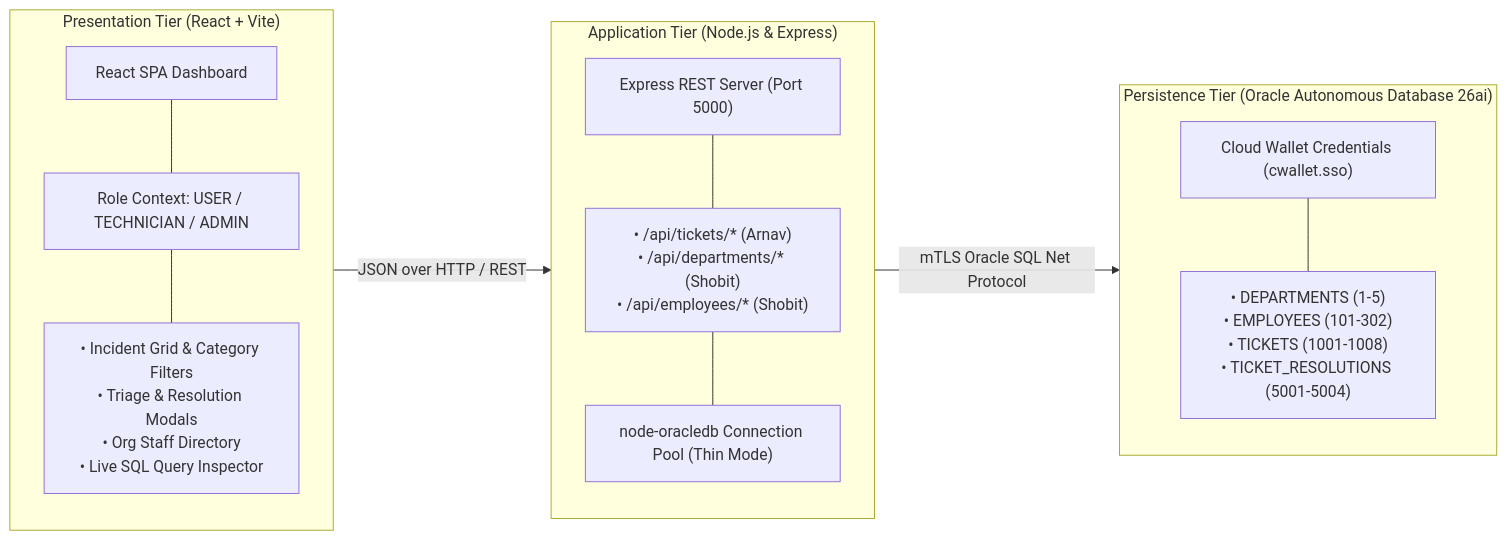
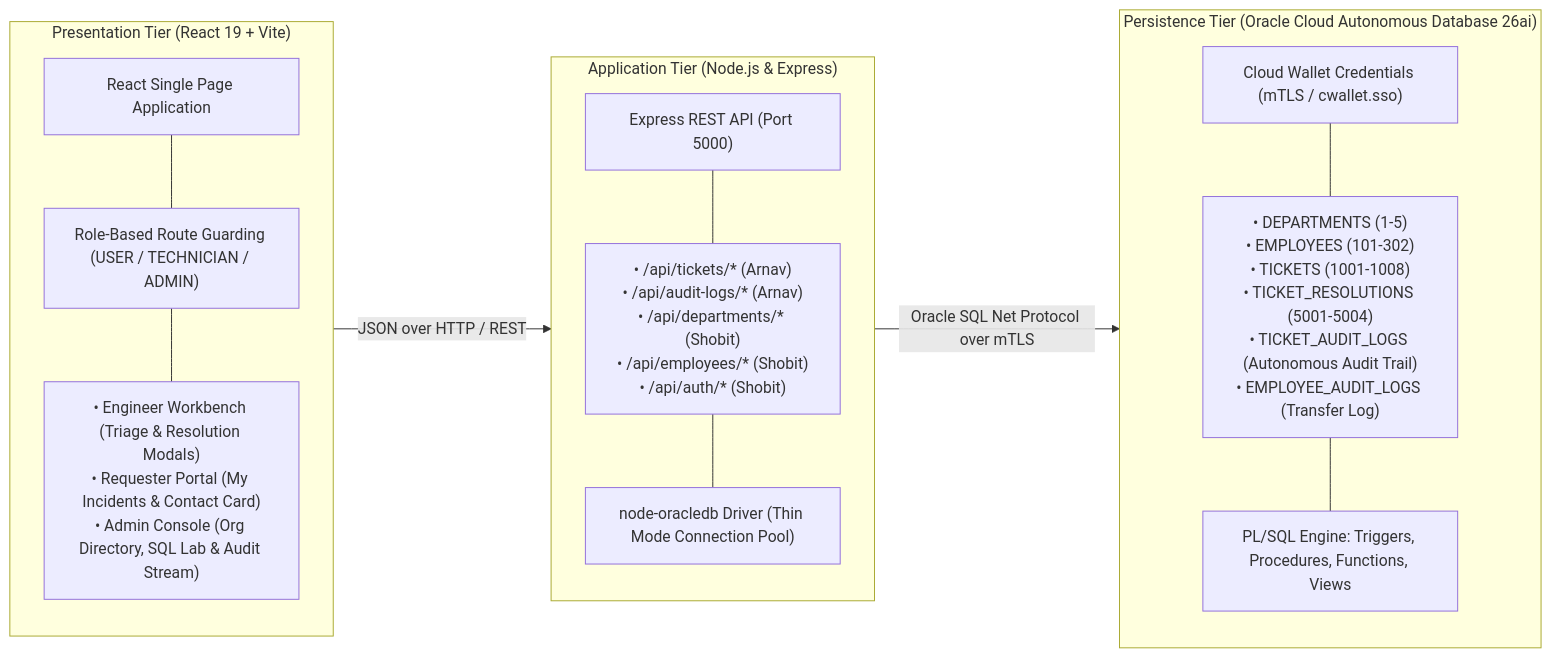
Before and after one commit to ArnavGoel77/ticketing-system: the first of 2 diagrams in README.md, drawn with Mermaid. The commit also changed other lines of this file and 7 other files, not shown here.

````diff
--- a/README.md
+++ b/README.md
@@ -54,30 +58,32 @@
 ```mermaid
 flowchart LR
-    subgraph ClientTier ["Presentation Tier (React + Vite)"]
+    subgraph ClientTier ["Presentation Tier (React 19 + Vite)"]
         direction TB
-        UI["React SPA Dashboard"]
-        State["Role Context: USER / TECHNICIAN / ADMIN"]
-        Views["&bull; Incident Grid & Category Filters<br/>&bull; Triage & Resolution Modals<br/>&bull; Org Staff Directory<br/>&bull; Live SQL Query Inspector"]
+        UI["React Single Page Application"]
+        State["Role-Based Route Guarding (USER / TECHNICIAN / ADMIN)"]
+        Views["&bull; Engineer Workbench (Triage & Resolution Modals)<br/>&bull; Requester Portal (My Incidents & Contact Card)<br/>&bull; Admin Console (Org Directory, SQL Lab & Audit Stream)"]
         UI --- State
         State --- Views
     end
 
     subgraph APITier ["Application Tier (Node.js & Express)"]
         direction TB
-        API["Express REST Server (Port 5000)"]
-        Routes["&bull; /api/tickets/* (Arnav)<br/>&bull; /api/departments/* (Shobit)<br/>&bull; /api/employees/* (Shobit)"]
-        Driver["node-oracledb Connection Pool (Thin Mode)"]
+        API["Express REST API (Port 5000)"]
+        Routes["&bull; /api/tickets/* (Arnav)<br/>&bull; /api/audit-logs/* (Arnav)<br/>&bull; /api/departments/* (Shobit)<br/>&bull; /api/employees/* (Shobit)<br/>&bull; /api/auth/* (Shobit)"]
+        Driver["node-oracledb Driver (Thin Mode Connection Pool)"]
         API --- Routes
         Routes --- Driver
     end
 
-    subgraph DBTier ["Persistence Tier (Oracle Autonomous Database 26ai)"]
+    subgraph DBTier ["Persistence Tier (Oracle Cloud Autonomous Database 26ai)"]
         direction TB
-        Wallet["Cloud Wallet Credentials (cwallet.sso)"]
-        Schema["&bull; DEPARTMENTS (1-5)<br/>&bull; EMPLOYEES (101-302)<br/>&bull; TICKETS (1001-1008)<br/>&bull; TICKET_RESOLUTIONS (5001-5004)"]
+        Wallet["Cloud Wallet Credentials (mTLS / cwallet.sso)"]
+        Schema["&bull; DEPARTMENTS (1-5)<br/>&bull; EMPLOYEES (101-302)<br/>&bull; TICKETS (1001-1008)<br/>&bull; TICKET_RESOLUTIONS (5001-5004)<br/>&bull; TICKET_AUDIT_LOGS (Autonomous Audit Trail)<br/>&bull; EMPLOYEE_AUDIT_LOGS (Transfer Log)"]
+        Logic["PL/SQL Engine: Triggers, Procedures, Functions, Views"]
         Wallet --- Schema
+        Schema --- Logic
     end
 
     ClientTier -->|JSON over HTTP / REST| APITier
-    APITier -->|mTLS Oracle SQL Net Protocol| DBTier
+    APITier -->|Oracle SQL Net Protocol over mTLS| DBTier
 ```
````
